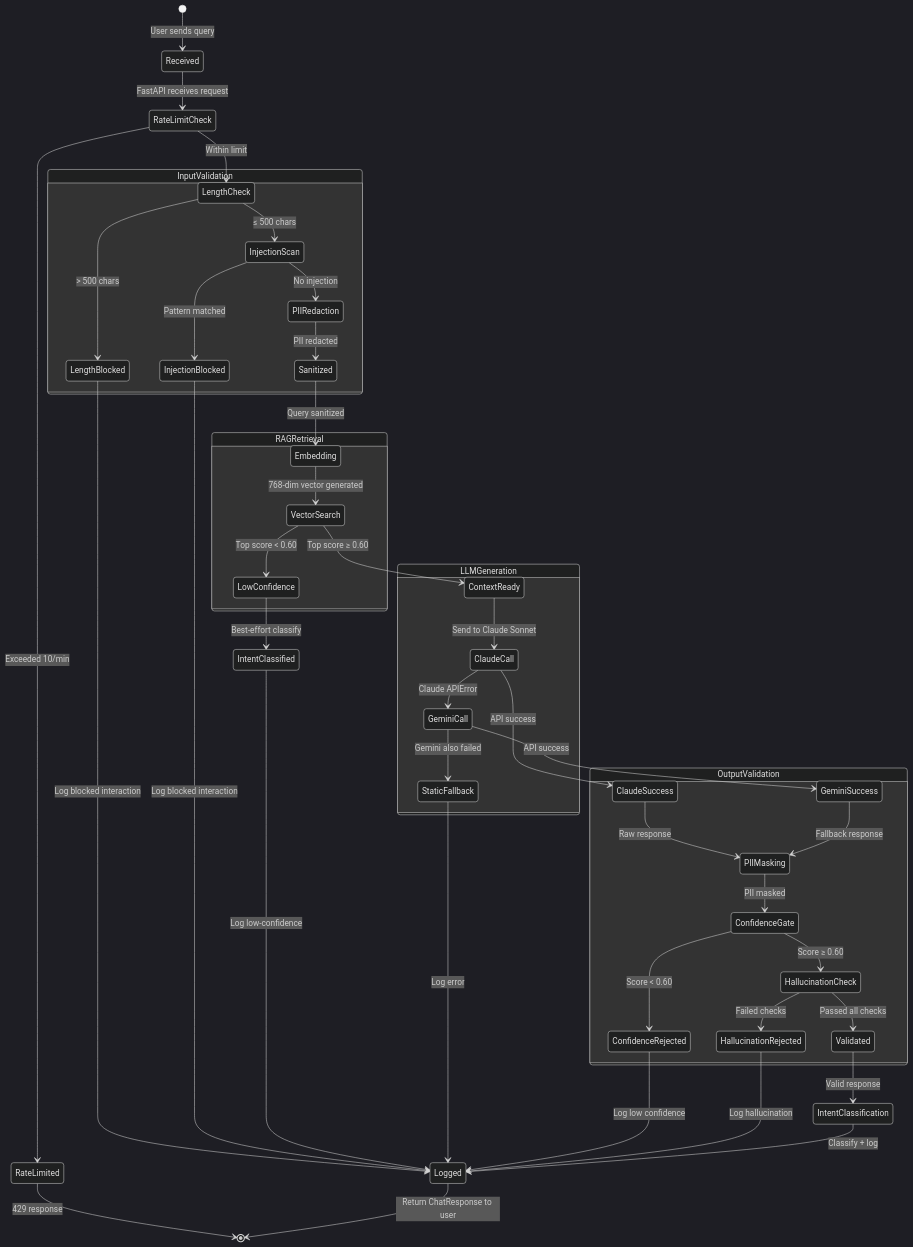
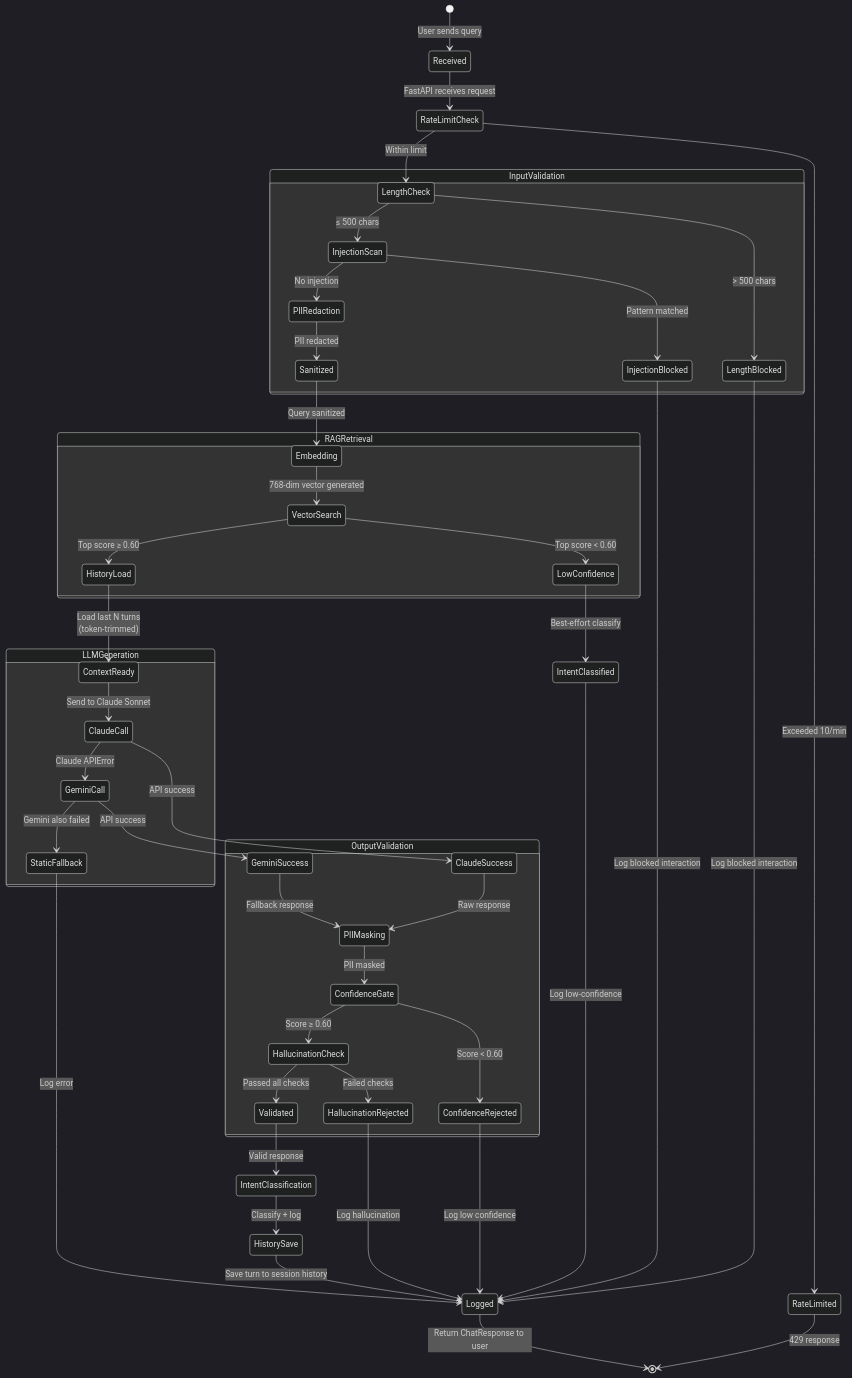
Before and after one commit to rajrkdev/ai-lab: the diagram in prd/docs/diagrams/12-state-diagram.mmd, drawn with Mermaid (dark theme). The commit also changed 16 other files, not shown here.

```diff
--- a/prd/docs/diagrams/12-state-diagram.mmd
+++ b/prd/docs/diagrams/12-state-diagram.mmd
@@ -1,63 +1,65 @@
 %% InsureChat v3.0 — State Diagram
 %% Chat message lifecycle states from submission to completion
 
 stateDiagram-v2
     [*] --> Received: User sends query
 
     Received --> RateLimitCheck: FastAPI receives request
     
     RateLimitCheck --> RateLimited: Exceeded 10/min
     RateLimitCheck --> LengthCheck: Within limit
     
     RateLimited --> [*]: 429 response
 
     state InputValidation {
         LengthCheck --> LengthBlocked: > 500 chars
         LengthCheck --> InjectionScan: ≤ 500 chars
         
         InjectionScan --> InjectionBlocked: Pattern matched
         InjectionScan --> PIIRedaction: No injection
         
         PIIRedaction --> Sanitized: PII redacted
     }
     
     LengthBlocked --> Logged: Log blocked interaction
     InjectionBlocked --> Logged: Log blocked interaction
     
     Sanitized --> Embedding: Query sanitized
     
     state RAGRetrieval {
         Embedding --> VectorSearch: 768-dim vector generated
         VectorSearch --> LowConfidence: Top score < 0.60
-        VectorSearch --> ContextReady: Top score ≥ 0.60
+        VectorSearch --> HistoryLoad: Top score ≥ 0.60
+        HistoryLoad --> ContextReady: Load last N turns<br/>(token-trimmed)
     }
     
     LowConfidence --> IntentClassified: Best-effort classify
     IntentClassified --> Logged: Log low-confidence
     
     state LLMGeneration {
         ContextReady --> ClaudeCall: Send to Claude Sonnet
         ClaudeCall --> ClaudeSuccess: API success
         ClaudeCall --> GeminiCall: Claude APIError
         GeminiCall --> GeminiSuccess: API success
         GeminiCall --> StaticFallback: Gemini also failed
     }
     
     state OutputValidation {
         ClaudeSuccess --> PIIMasking: Raw response
         GeminiSuccess --> PIIMasking: Fallback response
         PIIMasking --> ConfidenceGate: PII masked
         ConfidenceGate --> ConfidenceRejected: Score < 0.60
         ConfidenceGate --> HallucinationCheck: Score ≥ 0.60
         HallucinationCheck --> HallucinationRejected: Failed checks
         HallucinationCheck --> Validated: Passed all checks
     }
     
     StaticFallback --> Logged: Log error
     ConfidenceRejected --> Logged: Log low confidence
     HallucinationRejected --> Logged: Log hallucination
     Validated --> IntentClassification: Valid response
     
-    IntentClassification --> Logged: Classify + log
+    IntentClassification --> HistorySave: Classify + log
+    HistorySave --> Logged: Save turn to session history
     
     Logged --> [*]: Return ChatResponse to user
```
